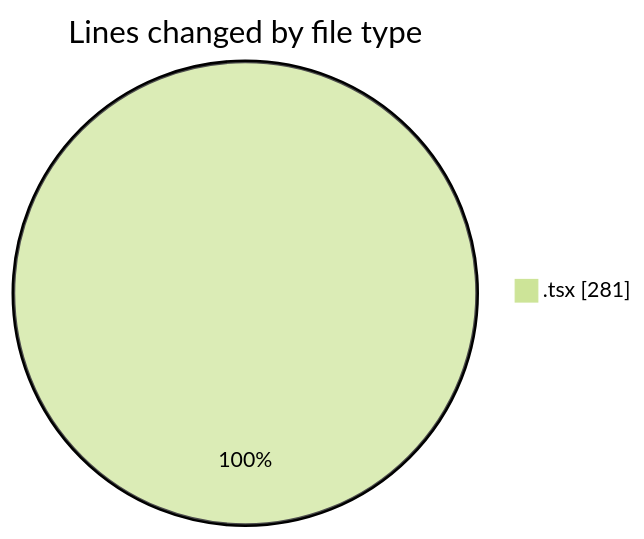
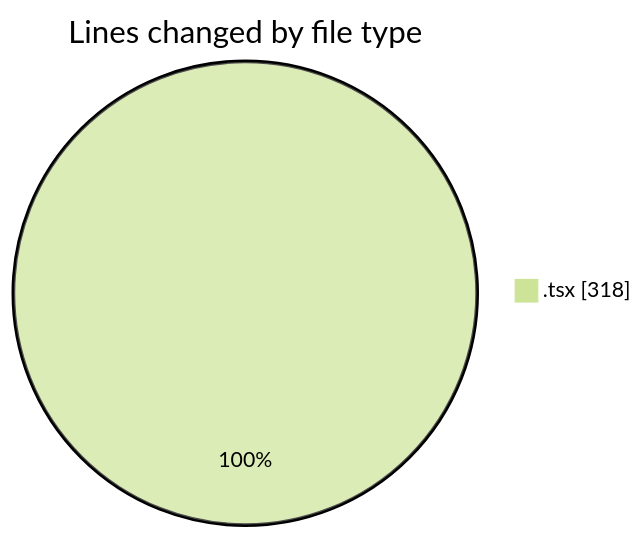
One commit to momahboobian/code-tracking changed the first of 2 diagrams in 2025-06-17/cda/README.md. Above: the diagram before and after it, drawn with Mermaid (forest theme). The commit also changed other lines of this file and 1 other file, not shown here.

````diff
--- a/2025-06-17/cda/README.md
+++ b/2025-06-17/cda/README.md
@@ -21,5 +21,5 @@
 ```mermaid
 pie showData
 title Lines changed by file type
-".tsx" : 281
+".tsx" : 318
 ```
````
